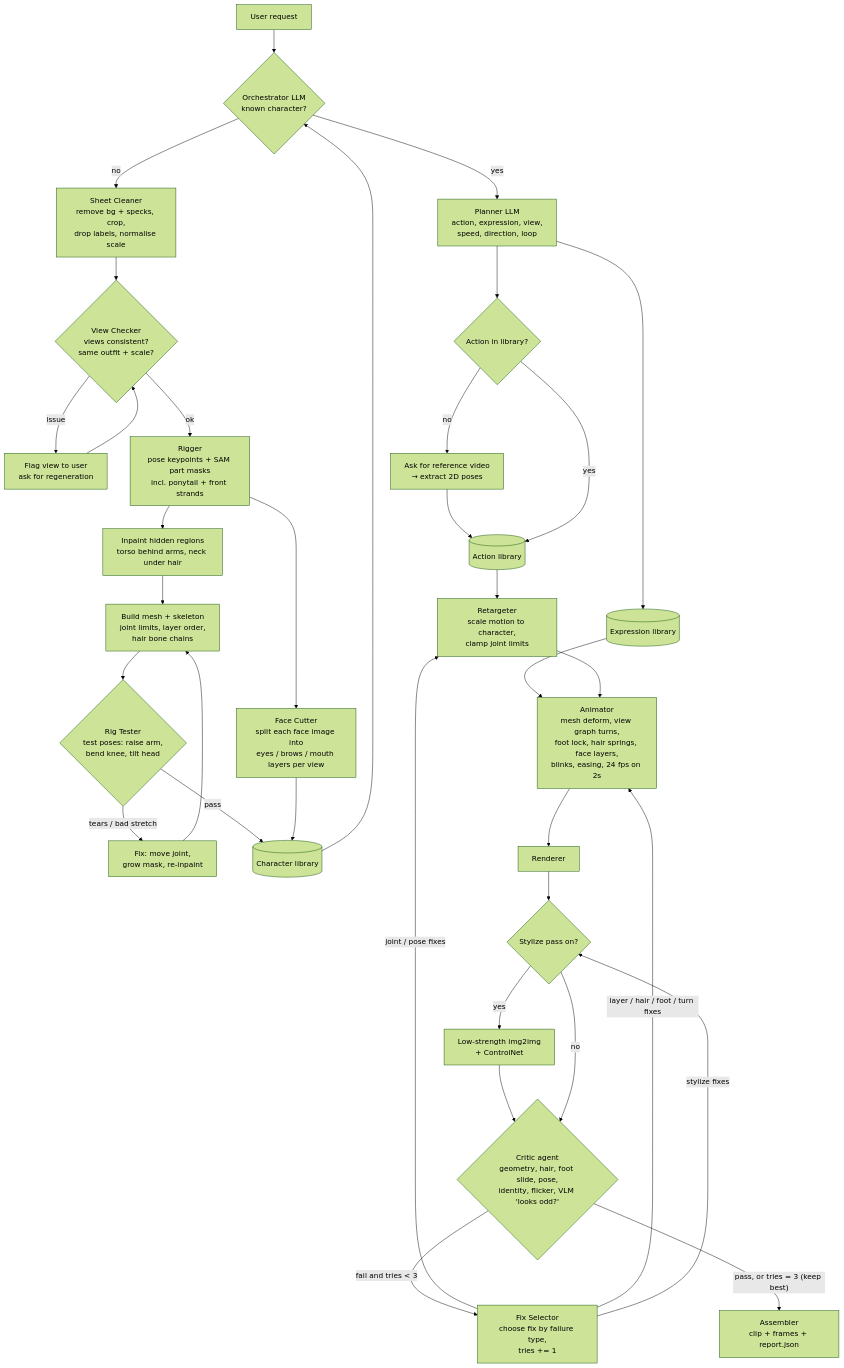
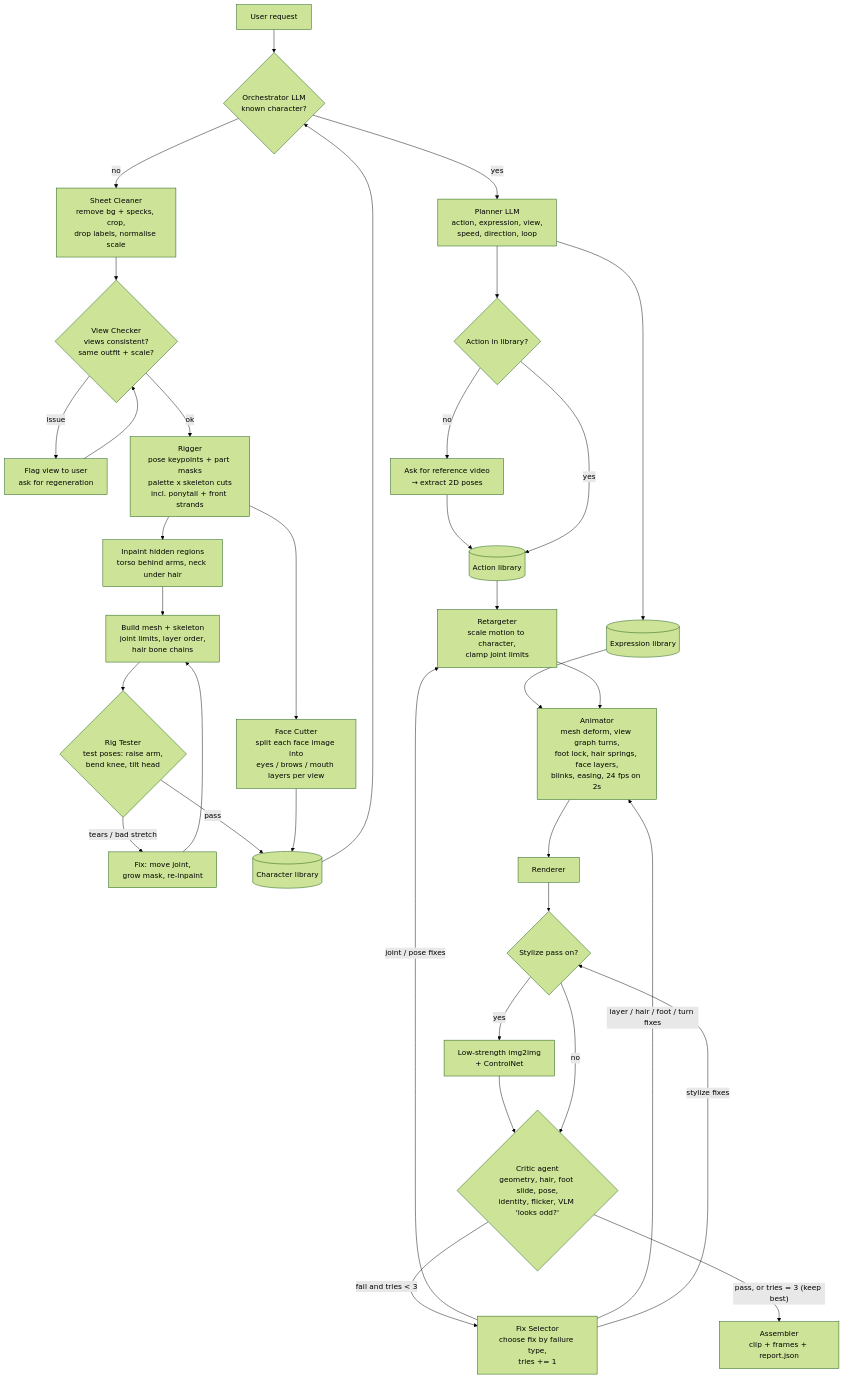
One commit to arcyadav/drift-free-2d-animation-agent changed the diagram in project-3-animation-agent-spec.md. Above: the diagram before and after it, drawn with Mermaid (forest theme). The commit also changed other lines of this file, not shown here.

Commit message:
Spec v3.6: classical onboarding (no SAM/SD), hand-designed walk, implementation notes

````diff
--- a/project-3-animation-agent-spec.md
+++ b/project-3-animation-agent-spec.md
@@ -103,38 +103,38 @@
 ```mermaid
 flowchart TD
     U[User request] --> O{Orchestrator LLM<br/>known character?}
 
     %% ---------- Onboarding (once per character) ----------
     O -- no --> S1[Sheet Cleaner<br/>remove bg + specks, crop,<br/>drop labels, normalise scale]
     S1 --> S2{View Checker<br/>views consistent?<br/>same outfit + scale?}
     S2 -- issue --> S2a[Flag view to user<br/>ask for regeneration] --> S2
-    S2 -- ok --> R1[Rigger<br/>pose keypoints + SAM part masks<br/>incl. ponytail + front strands]
+    S2 -- ok --> R1[Rigger<br/>pose keypoints + part masks<br/>palette x skeleton cuts<br/>incl. ponytail + front strands]
     R1 --> R2[Inpaint hidden regions<br/>torso behind arms, neck under hair]
     R2 --> R3[Build mesh + skeleton<br/>joint limits, layer order,<br/>hair bone chains]
     R1 --> FC[Face Cutter<br/>split each face image into<br/>eyes / brows / mouth layers per view]
     R3 --> R4{Rig Tester<br/>test poses: raise arm,<br/>bend knee, tilt head}
     R4 -- tears / bad stretch --> R5[Fix: move joint,<br/>grow mask, re-inpaint] --> R3
     R4 -- pass --> REG[(Character library)]
     FC --> REG
     REG --> O
 
     %% ---------- Per request ----------
     O -- yes --> P[Planner LLM<br/>action, expression, view,<br/>speed, direction, loop]
     P --> M{Action in library?}
     M -- no --> M1[Ask for reference video<br/>→ extract 2D poses] --> LIB[(Action library)]
     M -- yes --> LIB
     LIB --> T[Retargeter<br/>scale motion to character,<br/>clamp joint limits]
     P --> EX[(Expression library)]
     EX --> A
     T --> A[Animator<br/>mesh deform, view graph turns,<br/>foot lock, hair springs, face layers,<br/>blinks, easing, 24 fps on 2s]
     A --> RN[Renderer]
     RN --> ST{Stylize pass on?}
     ST -- yes --> ST1[Low-strength img2img<br/>+ ControlNet] --> C
     ST -- no --> C
     C{Critic agent<br/>geometry, hair, foot slide, pose,<br/>identity, flicker, VLM 'looks odd?'}
     C -- "fail and tries < 3" --> FX[Fix Selector<br/>choose fix by failure type,<br/>tries += 1]
     FX -- joint / pose fixes --> T
     FX -- layer / hair / foot / turn fixes --> A
     FX -- stylize fixes --> ST
     C -- "pass, or tries = 3 (keep best)" --> OUT[Assembler<br/>clip + frames + report.json]
 ```
````
